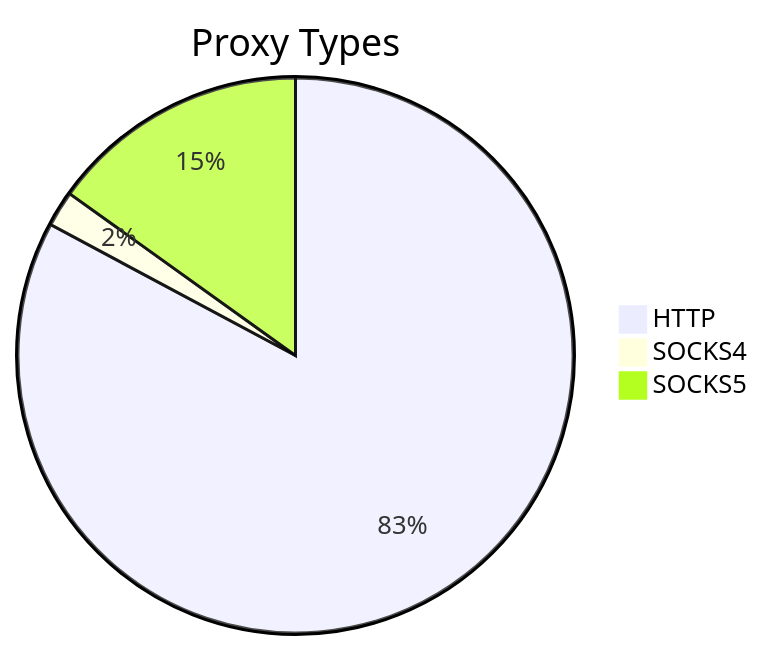
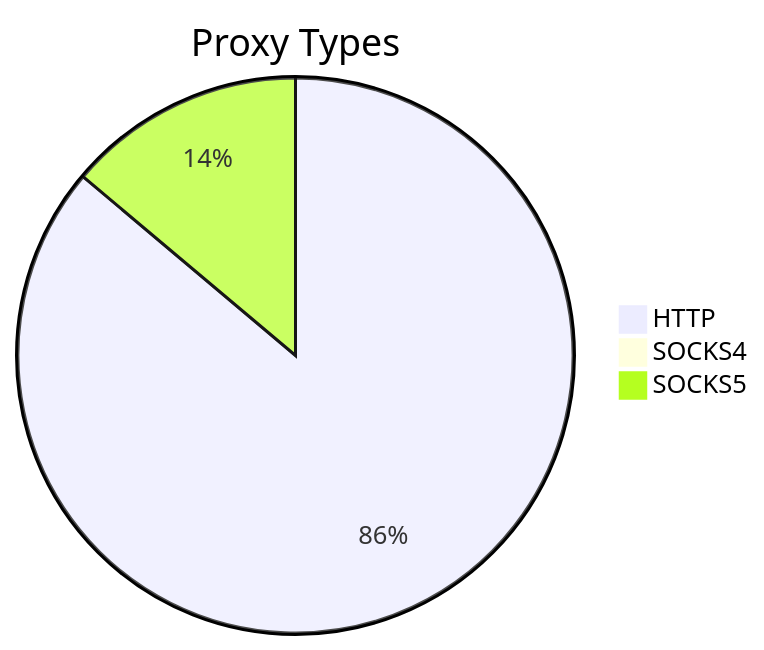
The first of 2 diagrams in README.md (stormsia/proxy-list), drawn with Mermaid before and after one commit. The commit also changed other lines of this file, not shown here.

````diff
--- a/README.md
+++ b/README.md
@@ -21,6 +21,6 @@
 ```mermaid
 pie title Proxy Types
-    "HTTP" : 159
-    "SOCKS4" : 4
-    "SOCKS5" : 29
+    "HTTP" : 174
+    "SOCKS4" : 1
+    "SOCKS5" : 28
 ```
````
